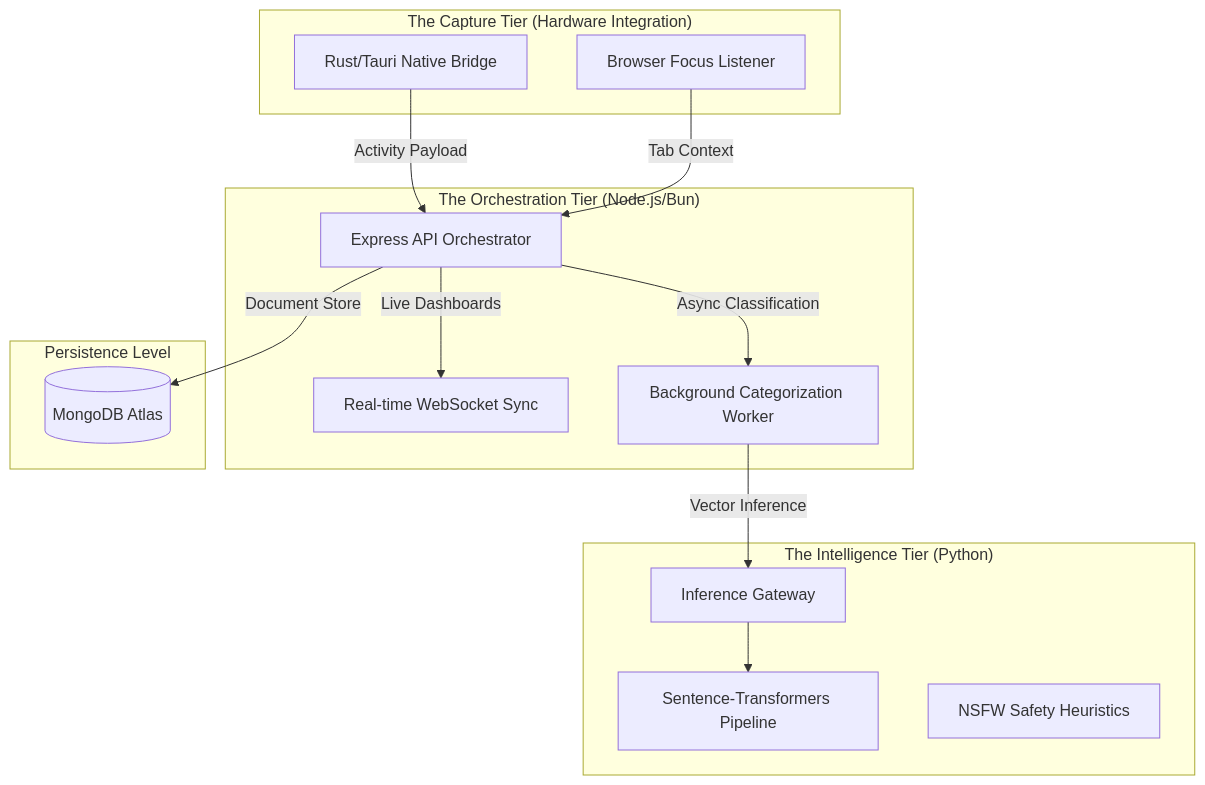
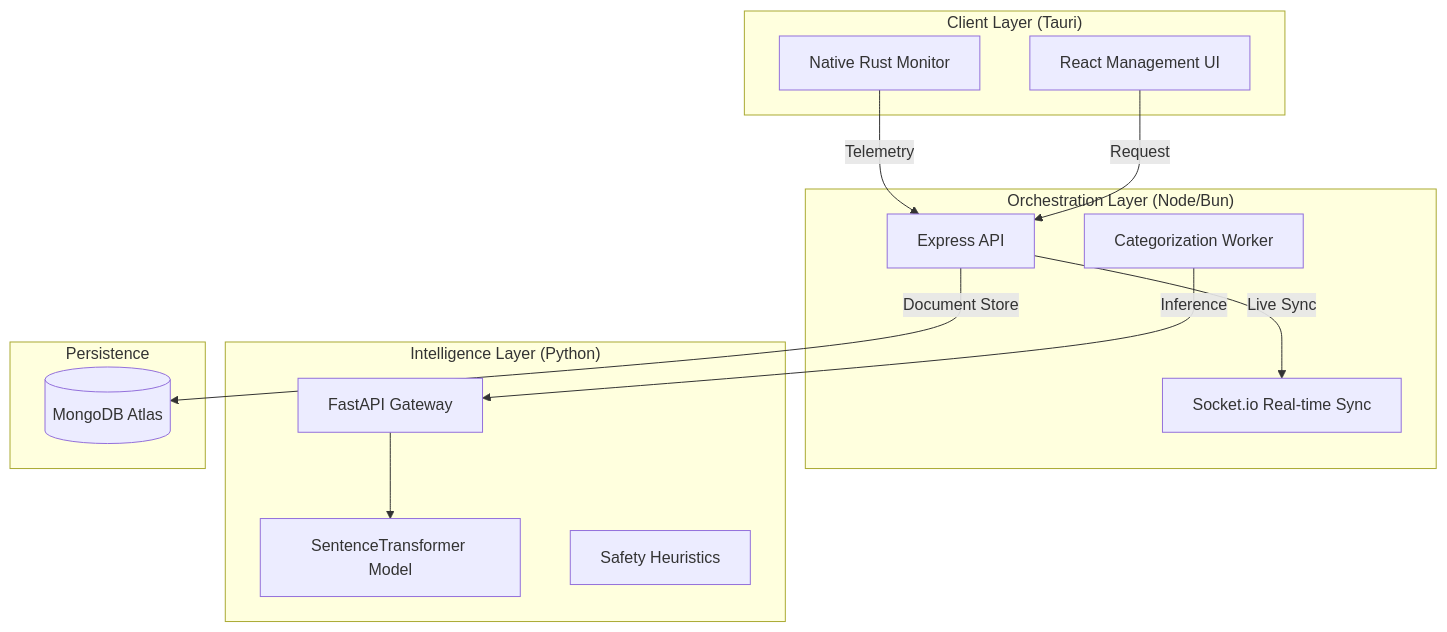
Before and after one commit to Anurup-R-Krishnan/FocusBoard: the diagram in README.md, drawn with Mermaid. The commit also changed other lines of this file, not shown here.

````diff
--- a/README.md
+++ b/README.md
@@ -19,31 +48,30 @@
 ```mermaid
 graph TD
-    subgraph "The Capture Tier (Hardware Integration)"
-        Rust[Rust/Tauri Native Bridge]
-        WebHook[Browser Focus Listener]
+    subgraph "Client Layer (Tauri)"
+        Rust[Native Rust Monitor]
+        React[React Management UI]
     end
 
-    subgraph "The Orchestration Tier (Node.js/Bun)"
-        API[Express API Orchestrator]
-        WS[Real-time WebSocket Sync]
-        Queue[Background Categorization Worker]
+    subgraph "Orchestration Layer (Node/Bun)"
+        API[Express API]
+        Worker[Categorization Worker]
+        WS[Socket.io Real-time Sync]
     end
 
-    subgraph "The Intelligence Tier (Python)"
-        FastAPI[Inference Gateway]
-        Transformer[Sentence-Transformers Pipeline]
-        Safety[NSFW Safety Heuristics]
+    subgraph "Intelligence Layer (Python)"
+        FastAPI[FastAPI Gateway]
+        NLP[SentenceTransformer Model]
+        Safety[Safety Heuristics]
     end
 
-    subgraph "Persistence Level"
+    subgraph "Persistence"
         Mongo[(MongoDB Atlas)]
     end
 
-    Rust -->|Activity Payload| API
-    WebHook -->|Tab Context| API
-    API -->|Async Classification| Queue
-    Queue -->|Vector Inference| FastAPI
-    FastAPI --> Transformer
-    API -->|Live Dashboards| WS
+    Rust -->|Telemetry| API
+    React -->|Request| API
+    API -->|Live Sync| WS
+    Worker -->|Inference| FastAPI
+    FastAPI --> NLP
     API -->|Document Store| Mongo
 ```
````
